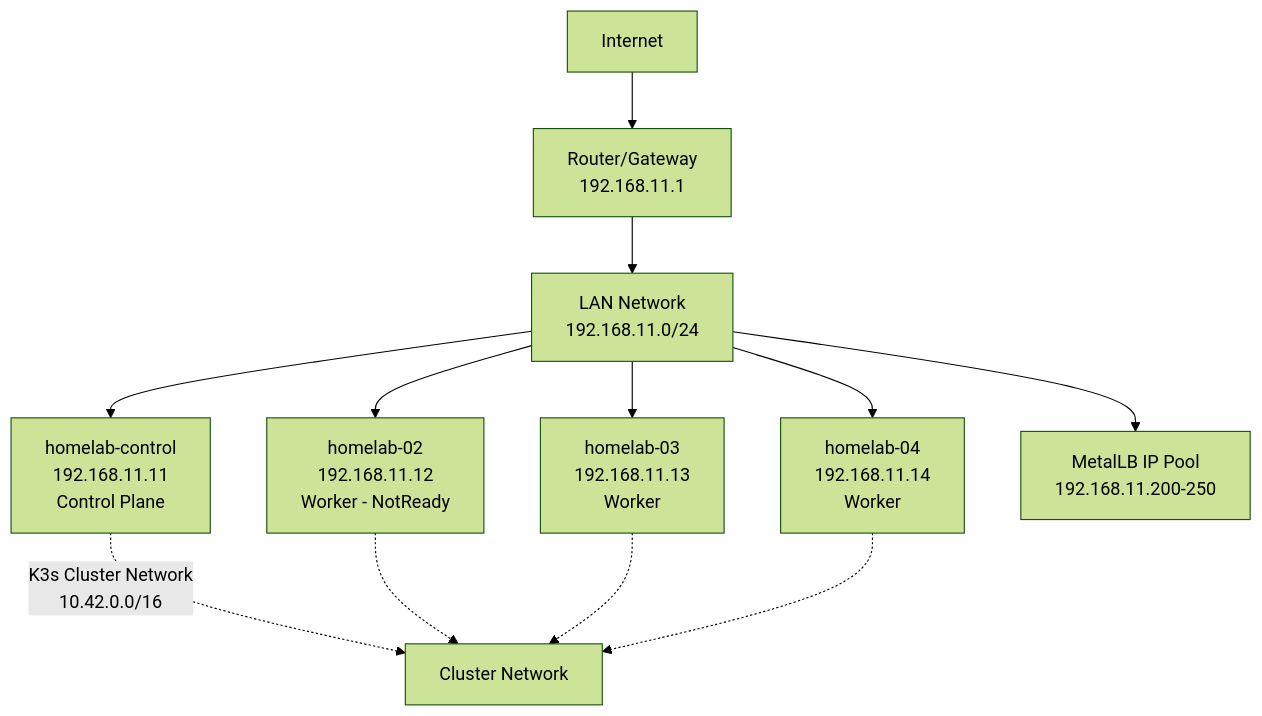
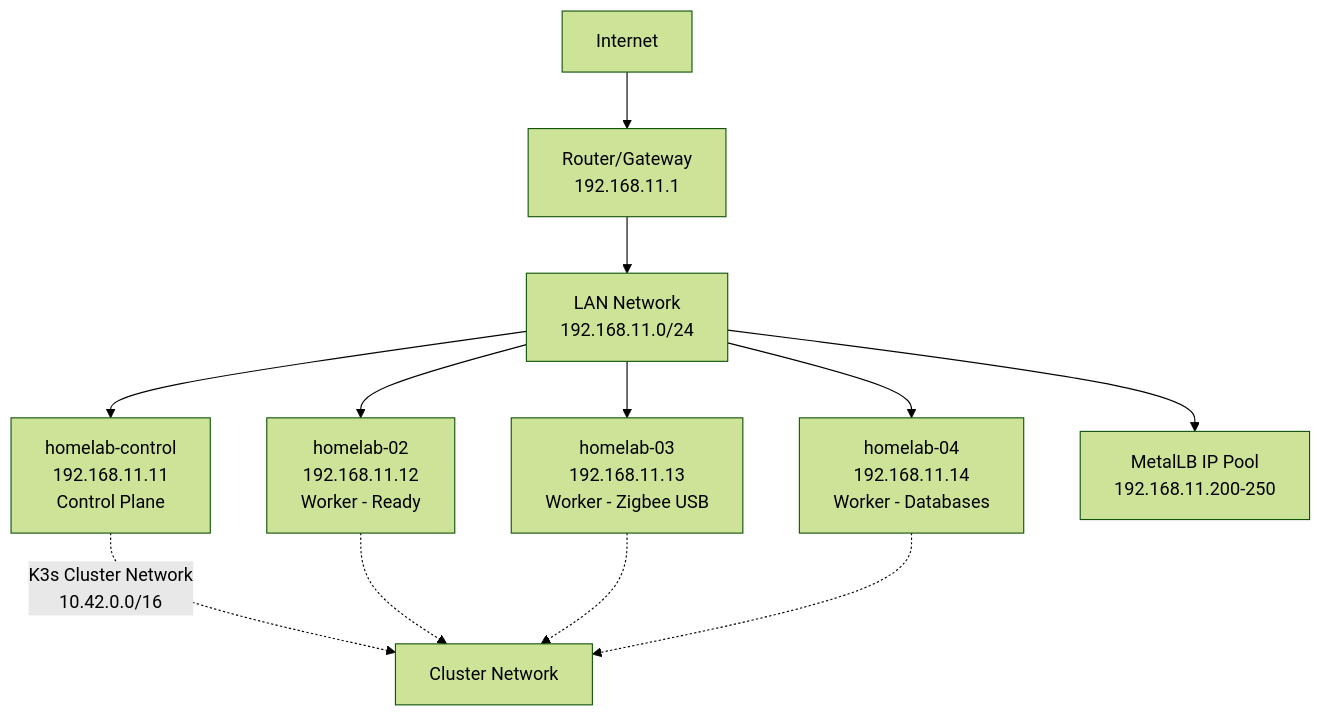
The first of 5 diagrams in network-diagram.md (erix/homelab), drawn with Mermaid (forest theme) before and after one commit. The commit also changed other lines of this file and 6 other files, not shown here.

First line of the commit message:
Replace ASCII art with D2 diagrams and update network documentation

````diff
--- a/network-diagram.md
+++ b/network-diagram.md
@@ -5,17 +5,17 @@
 ```mermaid
 graph TB
     Internet[Internet] --> Router[Router/Gateway<br/>192.168.11.1]
     Router --> LAN[LAN Network<br/>192.168.11.0/24]
     
     LAN --> Control[homelab-control<br/>192.168.11.11<br/>Control Plane]
-    LAN --> Node02[homelab-02<br/>192.168.11.12<br/>Worker - NotReady]
-    LAN --> Node03[homelab-03<br/>192.168.11.13<br/>Worker]
-    LAN --> Node04[homelab-04<br/>192.168.11.14<br/>Worker]
+    LAN --> Node02[homelab-02<br/>192.168.11.12<br/>Worker - Ready]
+    LAN --> Node03[homelab-03<br/>192.168.11.13<br/>Worker - Zigbee USB]
+    LAN --> Node04[homelab-04<br/>192.168.11.14<br/>Worker - Databases]
     
     LAN --> MetalLB[MetalLB IP Pool<br/>192.168.11.200-250]
     
     Control -.->|K3s Cluster Network<br/>10.42.0.0/16| ClusterNet[Cluster Network]
     Node02 -.-> ClusterNet
     Node03 -.-> ClusterNet
     Node04 -.-> ClusterNet
 ```
````
